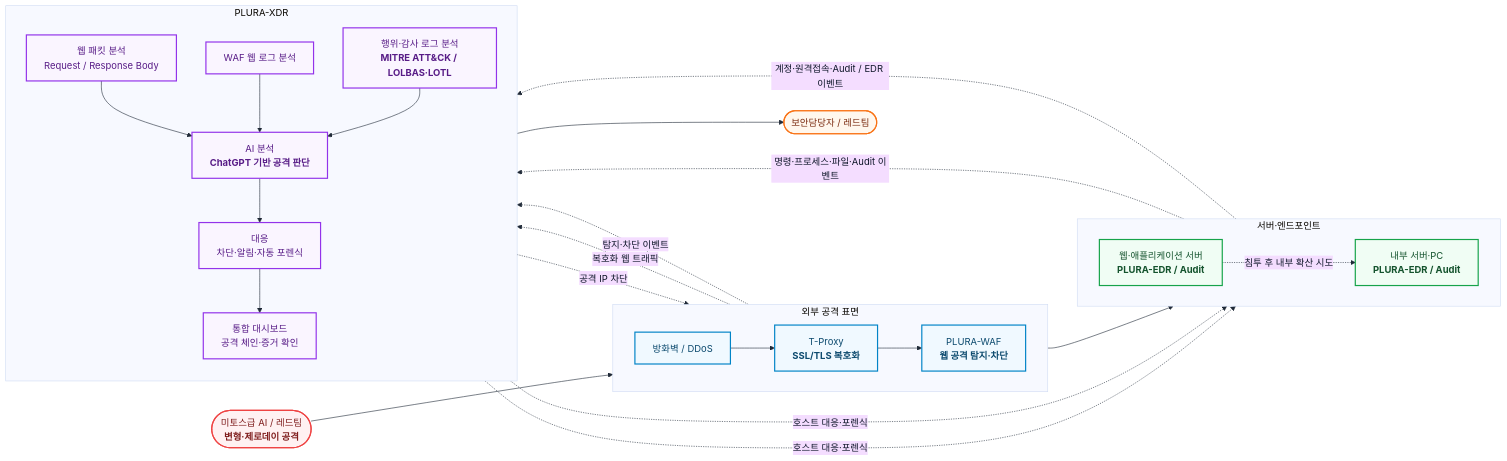
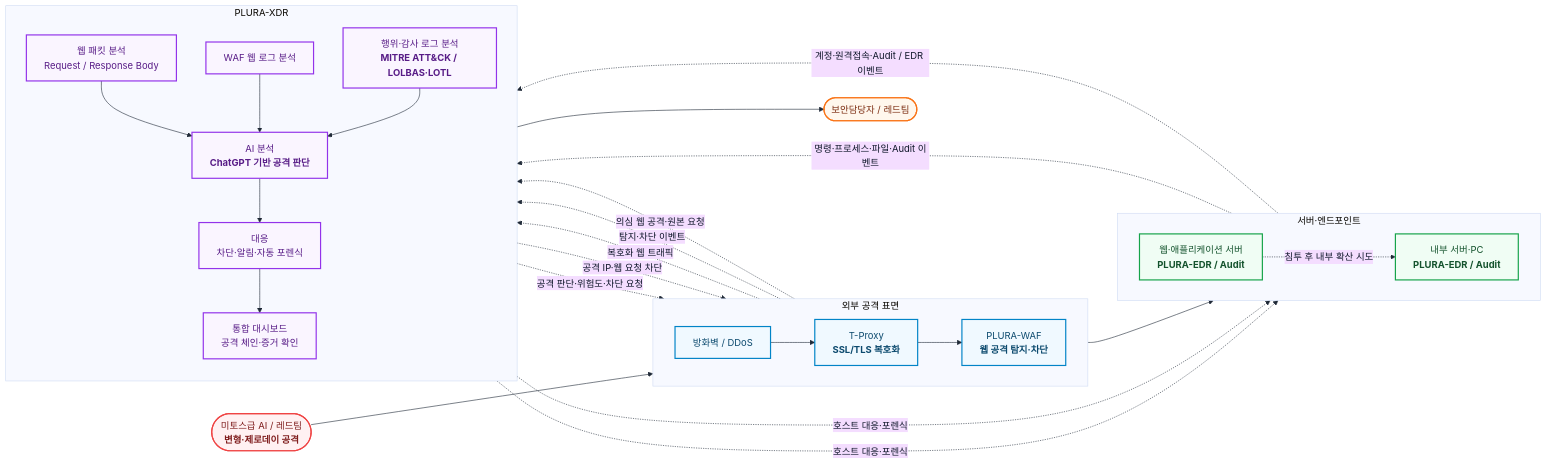
Before and after one commit to qubitsec/plura: the first of 5 diagrams in ko/proposal/lg/poc-full.md, drawn with Mermaid.

````diff
--- a/ko/proposal/lg/poc-full.md
+++ b/ko/proposal/lg/poc-full.md
@@ -24,68 +24,74 @@
 ```mermaid
 %%{init: {
   "theme": "base",
   "themeVariables": {
     "fontFamily": "Pretendard, Noto Sans KR, Arial",
     "background": "#ffffff",
     "primaryTextColor": "#0f172a",
     "lineColor": "#1f2937"
   }
 }}%%
+
 flowchart LR
 
     ATTACKER(["미토스급 AI / 레드팀<br/><b>변형·제로데이 공격</b>"])
 
     subgraph EDGE["외부 공격 표면"]
         direction LR
         FW["방화벽 / DDoS"]
         TP["T-Proxy<br/><b>SSL/TLS 복호화</b>"]
         WAF["PLURA-WAF<br/><b>웹 공격 탐지·차단</b>"]
     end
 
     subgraph HOST["서버·엔드포인트"]
         direction LR
         WEB["웹·애플리케이션 서버<br/><b>PLURA-EDR / Audit</b>"]
         INTERNAL["내부 서버·PC<br/><b>PLURA-EDR / Audit</b>"]
     end
 
     subgraph XDR["PLURA-XDR"]
         direction TB
         PACKET["웹 패킷 분석<br/>Request / Response Body"]
         EVENT["WAF 웹 로그 분석"]
         MITRE["행위·감사 로그 분석<br/><b>MITRE ATT&CK / LOLBAS·LOTL</b>"]
         AI["AI 분석<br/><b>ChatGPT 기반 공격 판단</b>"]
         RESPONSE["대응<br/>차단·알림·자동 포렌식"]
         DASH["통합 대시보드<br/>공격 체인·증거 확인"]
     end
 
     SOC(["보안담당자 / 레드팀"])
 
     ATTACKER --> FW --> TP --> WAF --> WEB
     WEB -. "침투 후 내부 확산 시도" .-> INTERNAL
 
     TP -. "복호화 웹 트래픽" .-> PACKET
+
     WAF -. "탐지·차단 이벤트" .-> EVENT
+    WAF -. "의심 웹 공격·원본 요청" .-> AI
+
     WEB -. "명령·프로세스·파일·Audit 이벤트" .-> MITRE
     INTERNAL -. "계정·원격접속·Audit / EDR 이벤트" .-> MITRE
 
     PACKET --> AI
     EVENT --> AI
     MITRE --> AI
+
+    AI -. "공격 판단·위험도·차단 요청" .-> WAF
     AI --> RESPONSE --> DASH --> SOC
 
-    RESPONSE -. "공격 IP 차단" .-> WAF
+    RESPONSE -. "공격 IP·웹 요청 차단" .-> WAF
     RESPONSE -. "호스트 대응·포렌식" .-> WEB
     RESPONSE -. "호스트 대응·포렌식" .-> INTERNAL
 
     classDef attack fill:#fff1f2,stroke:#ef4444,stroke-width:2px,color:#7f1d1d;
     classDef edge fill:#f0f9ff,stroke:#0284c7,stroke-width:2px,color:#0c4a6e;
     classDef host fill:#f0fdf4,stroke:#16a34a,stroke-width:2px,color:#14532d;
     classDef xdr fill:#faf5ff,stroke:#9333ea,stroke-width:2px,color:#581c87;
     classDef soc fill:#fff7ed,stroke:#f97316,stroke-width:2px,color:#7c2d12;
 
     class ATTACKER attack;
     class FW,TP,WAF edge;
     class WEB,INTERNAL host;
     class PACKET,EVENT,MITRE,AI,RESPONSE,DASH xdr;
     class SOC soc;
 ```
````
